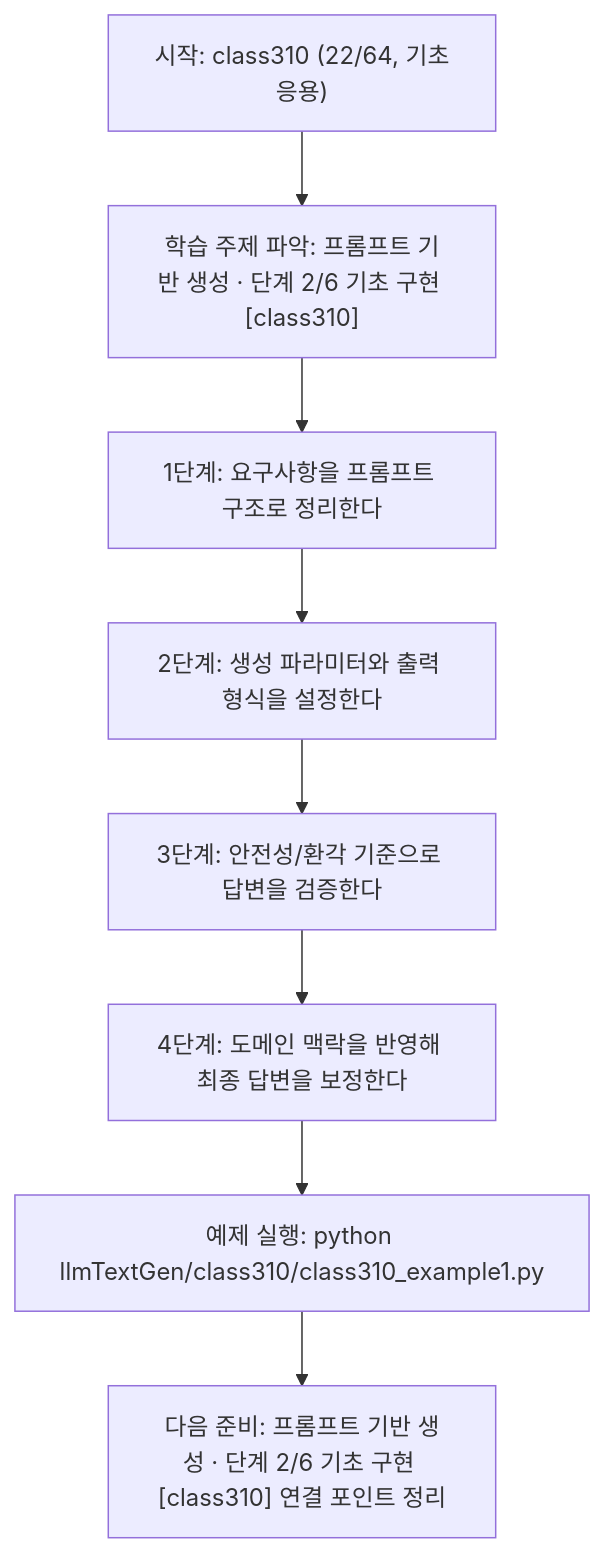
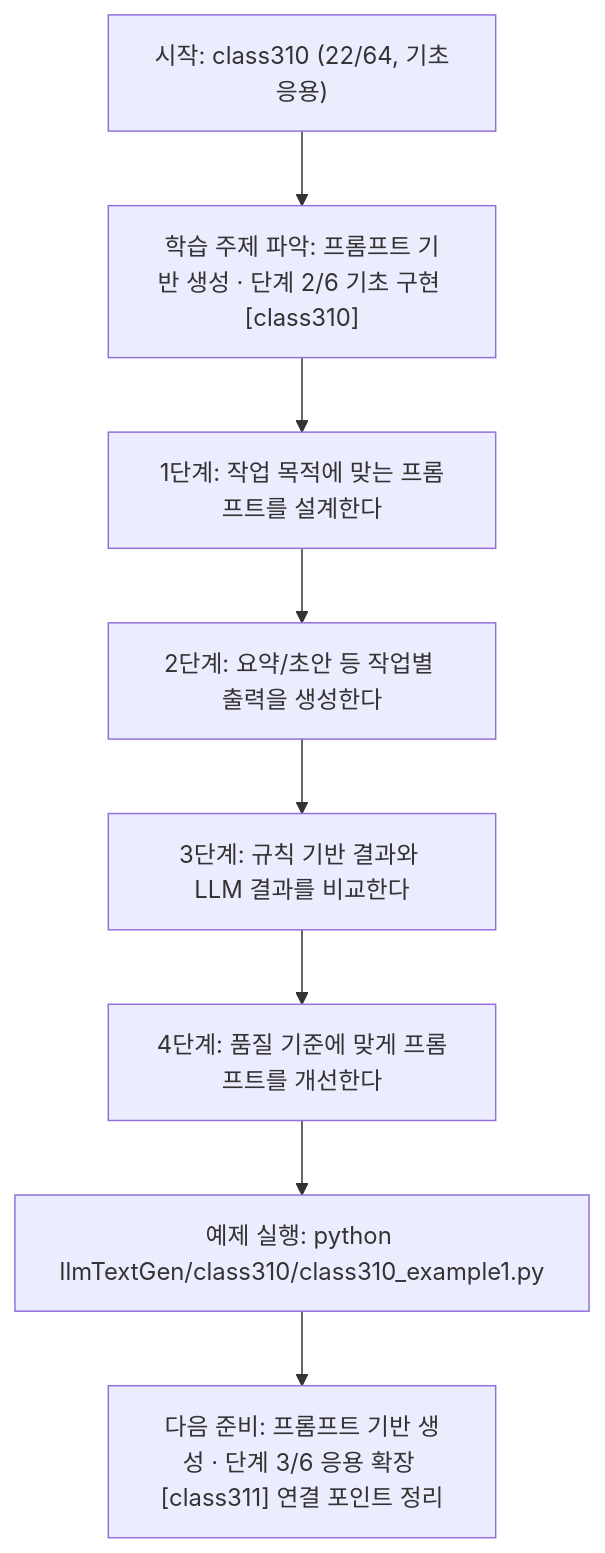
Before and after one commit to edumgt/Python-AI_Agent-Class: the diagram in llmTextGen/class310/class310.md, drawn with Mermaid. The commit also changed other lines of this file and 451 other files, not shown here.

````diff
--- a/llmTextGen/class310/class310.md
+++ b/llmTextGen/class310/class310.md
@@ -114,18 +95,18 @@
 ```mermaid
 flowchart TD
 N1["시작: class310 (22/64, 기초응용)"]
 N2["학습 주제 파악: 프롬프트 기반 생성 · 단계 2/6 기초 구현 [class310]"]
-N3["1단계: 요구사항을 프롬프트 구조로 정리한다"]
-N4["2단계: 생성 파라미터와 출력 형식을 설정한다"]
-N5["3단계: 안전성/환각 기준으로 답변을 검증한다"]
-N6["4단계: 도메인 맥락을 반영해 최종 답변을 보정한다"]
+N3["1단계: 작업 목적에 맞는 프롬프트를 설계한다"]
+N4["2단계: 요약/초안 등 작업별 출력을 생성한다"]
+N5["3단계: 규칙 기반 결과와 LLM 결과를 비교한다"]
+N6["4단계: 품질 기준에 맞게 프롬프트를 개선한다"]
 N7["예제 실행: python llmTextGen/class310/class310_example1.py"]
-N8["다음 준비: 프롬프트 기반 생성 · 단계 2/6 기초 구현 [class310] 연결 포인트 정리"]
+N8["다음 준비: 프롬프트 기반 생성 · 단계 3/6 응용 확장 [class311] 연결 포인트 정리"]
 N1 --> N2
 N2 --> N3
 N3 --> N4
 N4 --> N5
 N5 --> N6
 N6 --> N7
 N7 --> N8
 ```
````
